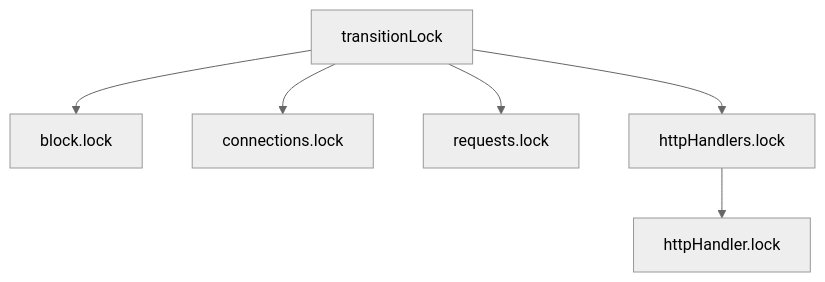
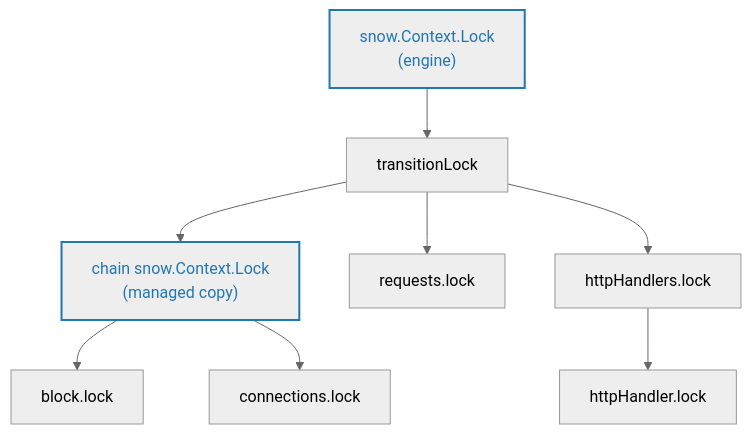
Before and after one commit to ava-labs/avalanchego: the fifth of 5 diagrams in vms/transitionvm/README.md, drawn with Mermaid (neutral theme). The commit also changed other lines of this file and 8 other files, not shown here.

Commit message:
Fix snow context deadlock

````diff
--- a/vms/transitionvm/README.md
+++ b/vms/transitionvm/README.md
@@ -185,9 +193,14 @@
 ```mermaid
 flowchart TD
-    t["transitionLock"]
-    t --> b["block.lock"]
-    t --> c["connections.lock"]
+    e["snow.Context.Lock<br/>(engine)"]
+    e --> t["transitionLock"]
+    t --> cc["chain snow.Context.Lock<br/>(managed copy)"]
+    cc --> b["block.lock"]
+    cc --> c["connections.lock"]
     t --> r["requests.lock"]
     t --> hs["httpHandlers.lock"]
     hs --> h["httpHandler.lock"]
+
+    classDef ctxCls stroke:#1f77b4,stroke-width:2px,color:#1f77b4;
+    class e,cc ctxCls;
 ```
````
